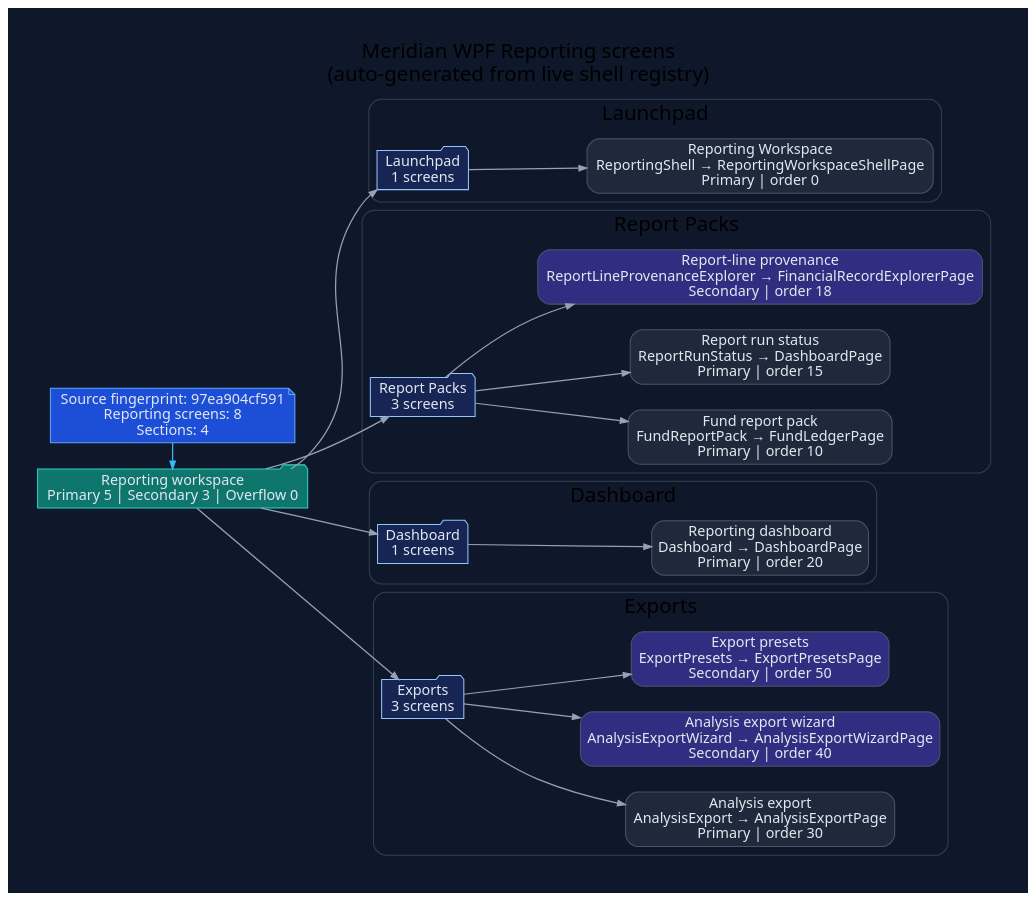
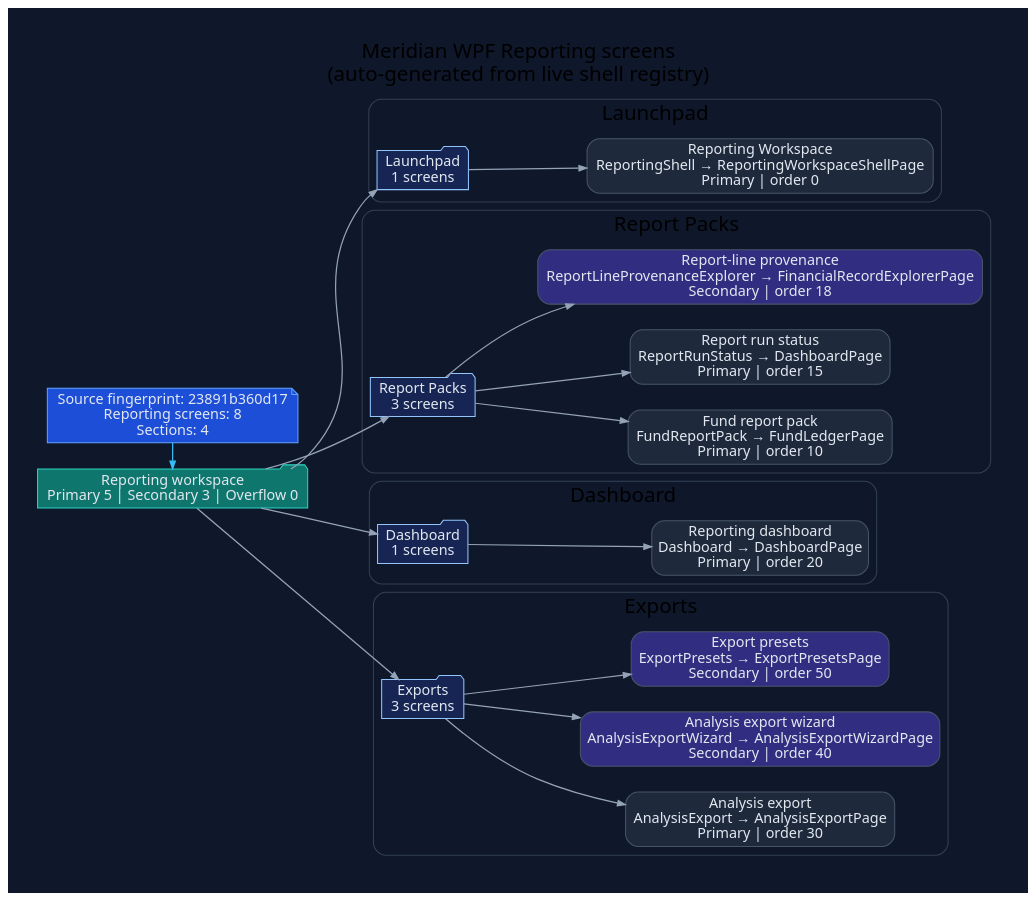
Before and after one commit to rodoHasArrived/Meridian-main: the diagram in docs/diagrams/ui/ui-wpf-screens-reporting.dot, drawn with Graphviz. The commit also changed 102 other files, not shown here.

```diff
--- a/docs/diagrams/ui/ui-wpf-screens-reporting.dot
+++ b/docs/diagrams/ui/ui-wpf-screens-reporting.dot
@@ -1,74 +1,74 @@
 // -----------------------------------------------------------------------------
 // <auto-generated>
 // Generated by scripts/generate-diagrams.mjs.
 // Do not edit this file directly; update the WPF source files instead.
 // -----------------------------------------------------------------------------
 digraph WpfReportingScreens {
   graph [
     rankdir=LR,
     labelloc=t,
     label="Meridian WPF Reporting screens\n(auto-generated from live shell registry)",
     fontname="Segoe UI",
     fontsize=20,
     pad=0.4,
     nodesep=0.35,
     ranksep=0.85,
     bgcolor="#0f172a"
   ];
   node [fontname="Segoe UI", shape=box, style="rounded,filled", color="#475569", fontcolor="#e2e8f0", fillcolor="#1e293b"];
   edge [fontname="Segoe UI", color="#94a3b8", penwidth=1.2, arrowsize=0.75];
 
-  generated [shape=note, fillcolor="#1d4ed8", color="#60a5fa", label="Source fingerprint: 97ea904cf591\nReporting screens: 8\nSections: 4"];
+  generated [shape=note, fillcolor="#1d4ed8", color="#60a5fa", label="Source fingerprint: 23891b360d17\nReporting screens: 8\nSections: 4"];
   workspace [shape=folder, fillcolor="#0f766e", color="#2dd4bf", label="Reporting workspace\nPrimary 5 | Secondary 3 | Overflow 0"];
   generated -> workspace [color="#38bdf8"];
 
   subgraph cluster_section_1 {
     label="Launchpad";
     color="#334155";
     style="rounded";
     section_1 [shape=folder, fillcolor="#172554", color="#93c5fd", label="Launchpad\n1 screens"];
     workspace -> section_1;
     screen_ReportingShell [fillcolor="#1e293b", label="Reporting Workspace\nReportingShell → ReportingWorkspaceShellPage\nPrimary | order 0"];
     section_1 -> screen_ReportingShell;
   }
 
   subgraph cluster_section_2 {
     label="Report Packs";
     color="#334155";
     style="rounded";
     section_2 [shape=folder, fillcolor="#172554", color="#93c5fd", label="Report Packs\n3 screens"];
     workspace -> section_2;
     screen_FundReportPack [fillcolor="#1e293b", label="Fund report pack\nFundReportPack → FundLedgerPage\nPrimary | order 10"];
     section_2 -> screen_FundReportPack;
     screen_ReportRunStatus [fillcolor="#1e293b", label="Report run status\nReportRunStatus → DashboardPage\nPrimary | order 15"];
     section_2 -> screen_ReportRunStatus;
     screen_ReportLineProvenanceExplorer [fillcolor="#312e81", label="Report-line provenance\nReportLineProvenanceExplorer → FinancialRecordExplorerPage\nSecondary | order 18"];
     section_2 -> screen_ReportLineProvenanceExplorer;
   }
 
   subgraph cluster_section_3 {
     label="Dashboard";
     color="#334155";
     style="rounded";
     section_3 [shape=folder, fillcolor="#172554", color="#93c5fd", label="Dashboard\n1 screens"];
     workspace -> section_3;
     screen_Dashboard [fillcolor="#1e293b", label="Reporting dashboard\nDashboard → DashboardPage\nPrimary | order 20"];
     section_3 -> screen_Dashboard;
   }
 
   subgraph cluster_section_4 {
     label="Exports";
     color="#334155";
     style="rounded";
     section_4 [shape=folder, fillcolor="#172554", color="#93c5fd", label="Exports\n3 screens"];
     workspace -> section_4;
     screen_AnalysisExport [fillcolor="#1e293b", label="Analysis export\nAnalysisExport → AnalysisExportPage\nPrimary | order 30"];
     section_4 -> screen_AnalysisExport;
     screen_AnalysisExportWizard [fillcolor="#312e81", label="Analysis export wizard\nAnalysisExportWizard → AnalysisExportWizardPage\nSecondary | order 40"];
     section_4 -> screen_AnalysisExportWizard;
     screen_ExportPresets [fillcolor="#312e81", label="Export presets\nExportPresets → ExportPresetsPage\nSecondary | order 50"];
     section_4 -> screen_ExportPresets;
   }
 
   { rank=min; generated; workspace; }
 }
```
